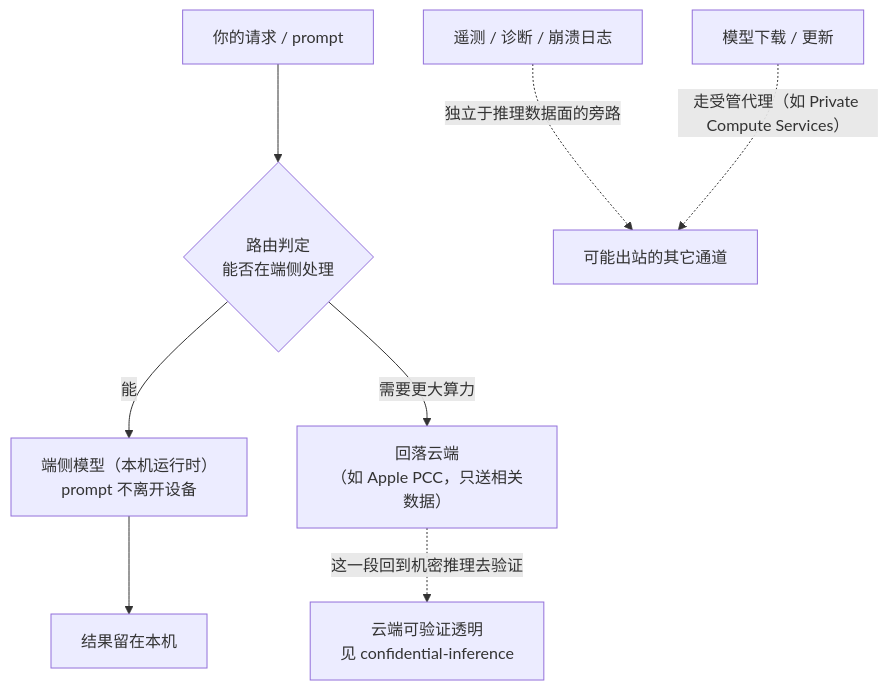
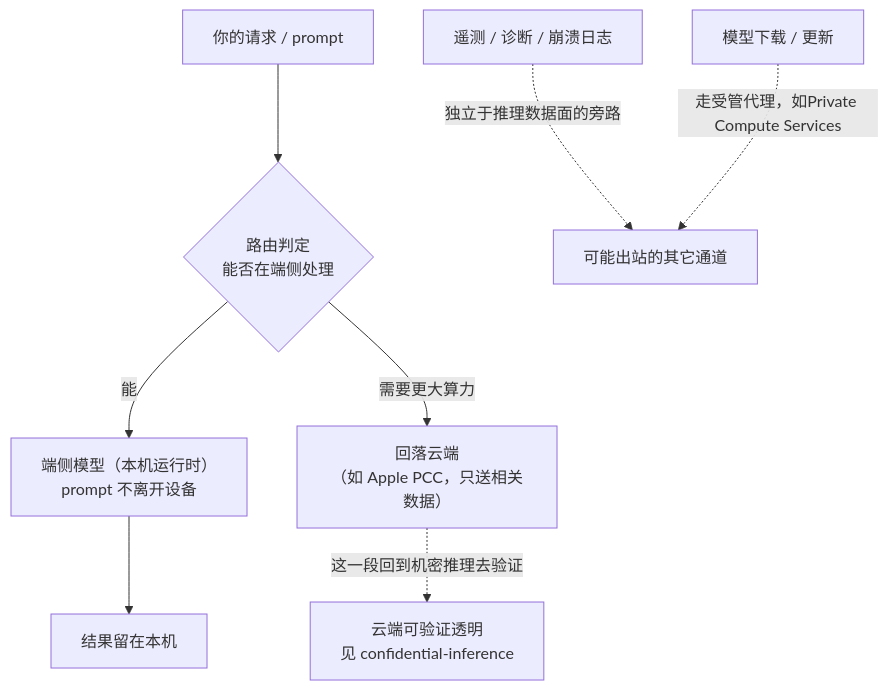
Before and after one commit to XuebinMa/AIWiki: the diagram in privacy/05-frontier-deployment/on-device-inference-privacy.mdx, drawn with Mermaid. The commit also changed other lines of this file and 325 other files, not shown here.

````diff
--- a/privacy/05-frontier-deployment/on-device-inference-privacy.mdx
+++ b/privacy/05-frontier-deployment/on-device-inference-privacy.mdx
@@ -37,10 +40,10 @@
 ```mermaid
 flowchart TB
     U["你的请求 / prompt"] --> R{"路由判定<br/>能否在端侧处理"}
     R -->|能| L["端侧模型（本机运行时）<br/>prompt 不离开设备"]
     R -->|需要更大算力| C["回落云端<br/>（如 Apple PCC，只送相关数据）"]
     L --> O1["结果留在本机"]
     C -.->|这一段回到机密推理去验证| V["云端可验证透明<br/>见 confidential-inference"]
     M["遥测 / 诊断 / 崩溃日志"] -. 独立于推理数据面的旁路 .-> Net["可能出站的其它通道"]
-    D["模型下载 / 更新"] -. 走受管代理（如 Private Compute Services）.-> Net
+    D["模型下载 / 更新"] -.->|"走受管代理，如Private Compute Services"| Net
 ```
````
